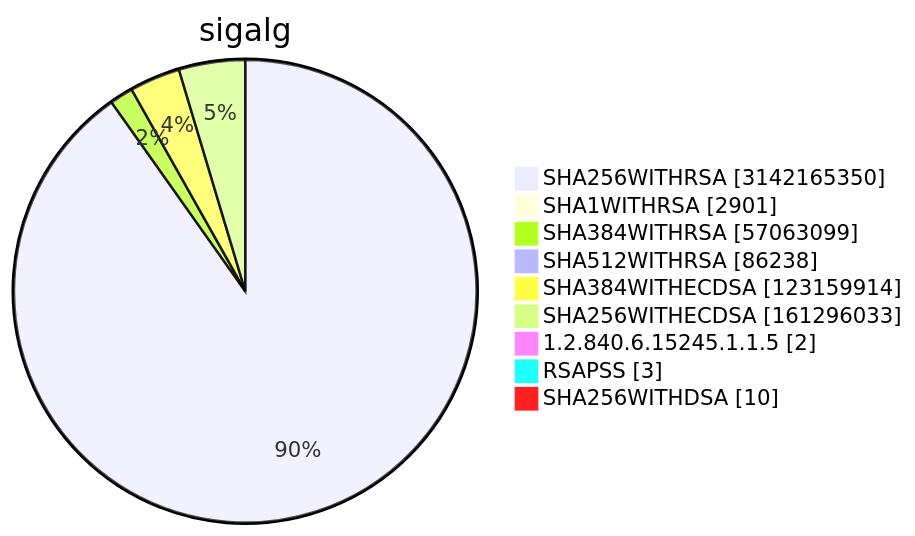
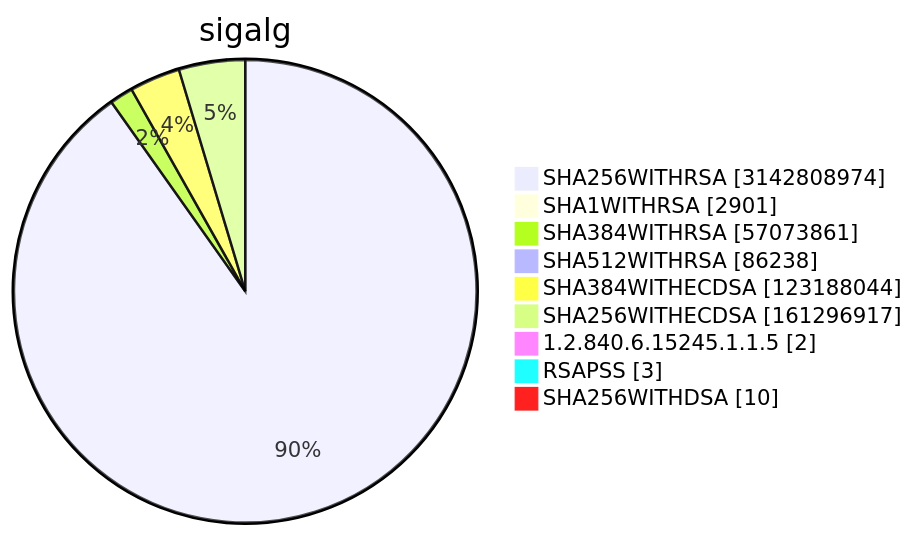
One commit to christiankrug/ctmonitor_visualization changed diagram 15 of 15 in TOTAL/README.md. Above: the diagram before and after it, drawn with Mermaid. The commit also changed other lines of this file, not shown here.

````diff
--- a/TOTAL/README.md
+++ b/TOTAL/README.md
@@ -6213,13 +6213,13 @@
 ```mermaid
 pie showData
 title sigalg
-"SHA256WITHRSA" :3142165350
+"SHA256WITHRSA" :3142808974
 "SHA1WITHRSA" :2901
-"SHA384WITHRSA" :57063099
+"SHA384WITHRSA" :57073861
 "SHA512WITHRSA" :86238
-"SHA384WITHECDSA" :123159914
-"SHA256WITHECDSA" :161296033
+"SHA384WITHECDSA" :123188044
+"SHA256WITHECDSA" :161296917
 "1.2.840.6.15245.1.1.5" :2
 "RSAPSS" :3
 "SHA256WITHDSA" :10
 ```
````
